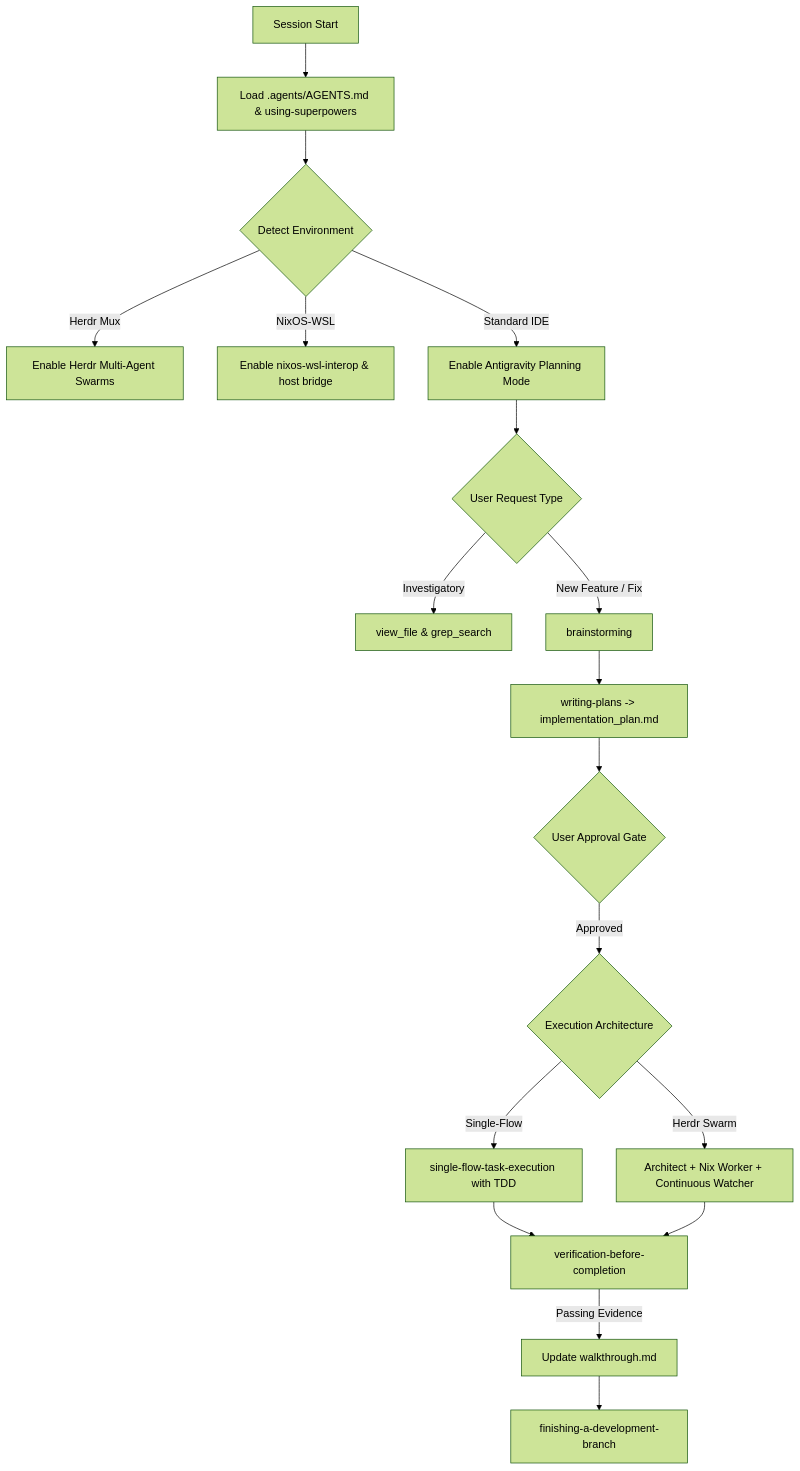
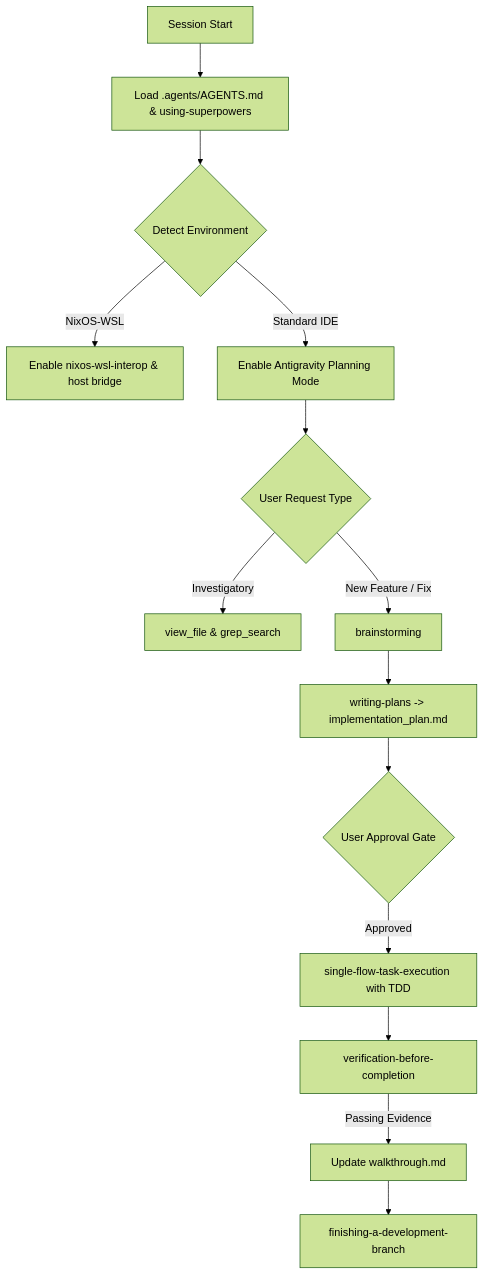
One commit to shanmukha-sai-chinnam/antigravity-superpowers changed the diagram in CURRENT-FLOW.md. Above: the diagram before and after it, drawn with Mermaid (forest theme). The commit also changed other lines of this file and 3 other files, not shown here.

Commit message:
chore(docs): remove Herdr swarm documentation and template flake package

````diff
--- a/CURRENT-FLOW.md
+++ b/CURRENT-FLOW.md
@@ -54,26 +49,20 @@
 ```mermaid
 flowchart TD
     Start[Session Start] --> LoadAGENTS[Load .agents/AGENTS.md & using-superpowers]
     LoadAGENTS --> EnvironmentCheck{Detect Environment}
-    
-    EnvironmentCheck -->|Herdr Mux| HerdrFlow[Enable Herdr Multi-Agent Swarms]
     EnvironmentCheck -->|NixOS-WSL| WSLFlow[Enable nixos-wsl-interop & host bridge]
     EnvironmentCheck -->|Standard IDE| PlanMode[Enable Antigravity Planning Mode]
 
     PlanMode --> RequestType{User Request Type}
     RequestType -->|Investigatory| QuickInspect[view_file & grep_search]
     RequestType -->|New Feature / Fix| Brainstorm[brainstorming]
 
     Brainstorm --> WritePlan[writing-plans -> implementation_plan.md]
     WritePlan --> UserApproval{User Approval Gate}
 
-    UserApproval -->|Approved| Execution{Execution Architecture}
-    Execution -->|Single-Flow| SingleExec[single-flow-task-execution with TDD]
-    Execution -->|Herdr Swarm| TrioSwarm[Architect + Nix Worker + Continuous Watcher]
-
+    UserApproval -->|Approved| SingleExec[single-flow-task-execution with TDD]
     SingleExec --> VerifyGate[verification-before-completion]
-    TrioSwarm --> VerifyGate
 
     VerifyGate -->|Passing Evidence| Walkthrough[Update walkthrough.md]
     Walkthrough --> FinishBranch[finishing-a-development-branch]
 ```
````
